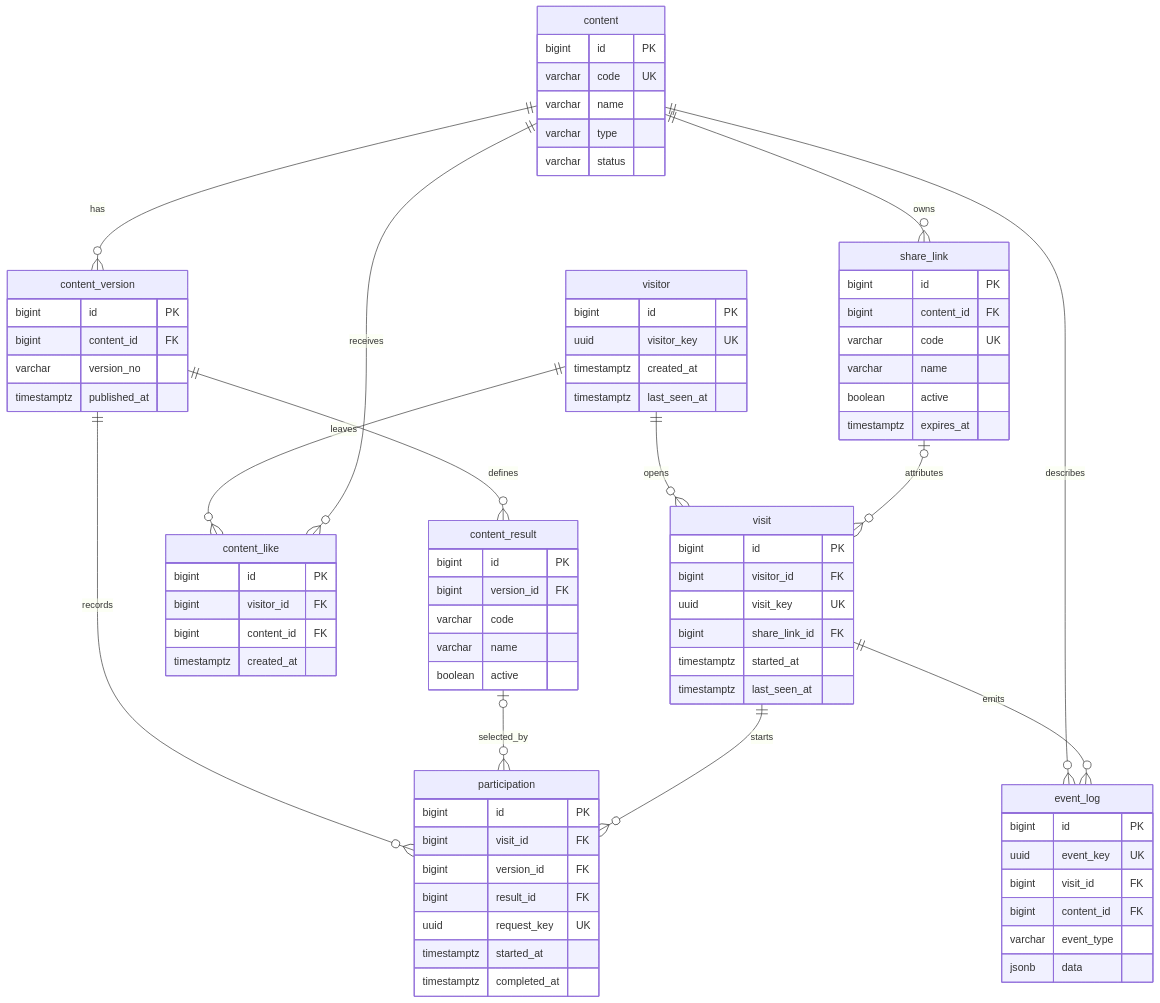
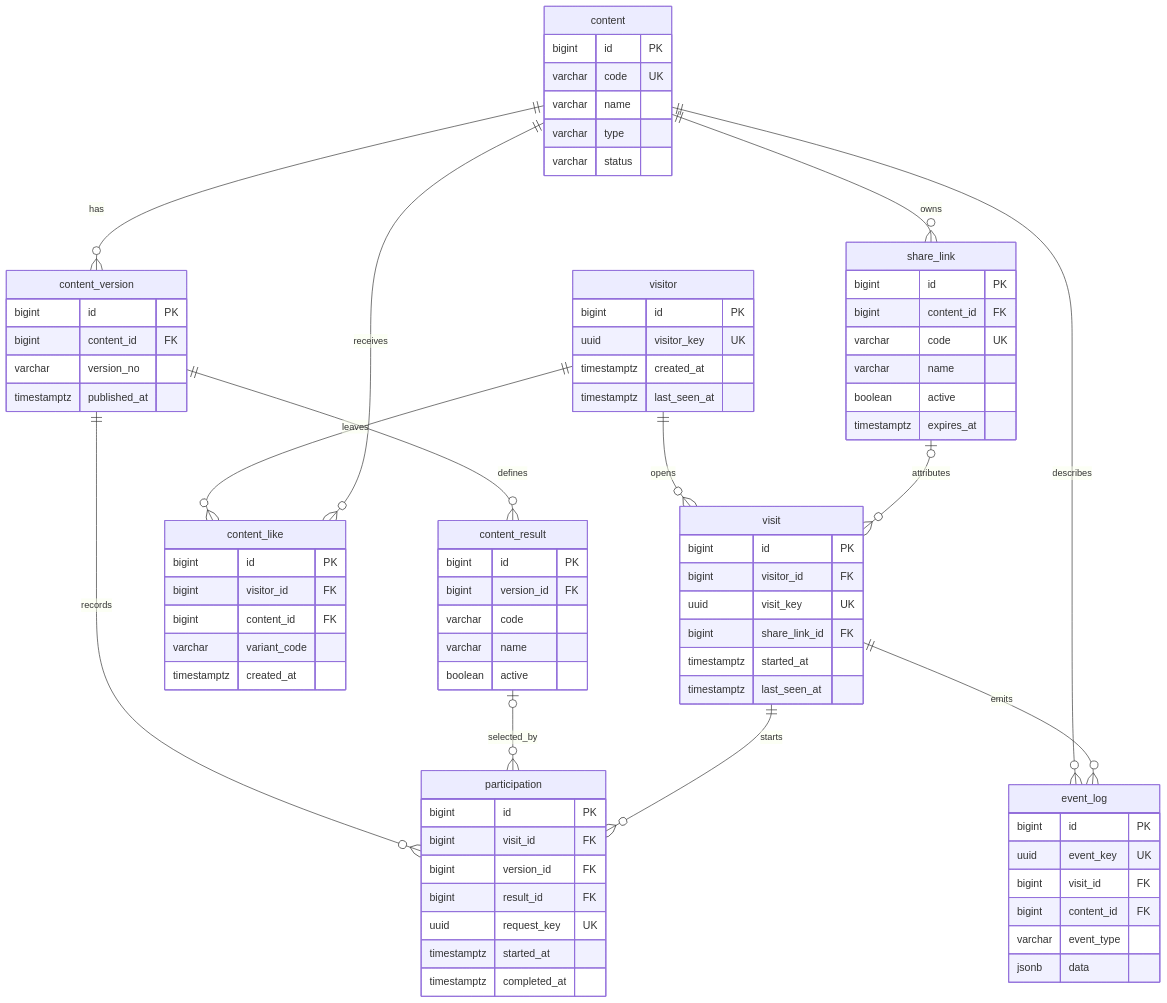
One commit to BeomhyunPark/heart-trace-test changed the diagram in docs/engagement-v0.1.md. Above: the diagram before and after it, drawn with Mermaid. The commit also changed other lines of this file and 31 other files, not shown here.

````diff
--- a/docs/engagement-v0.1.md
+++ b/docs/engagement-v0.1.md
@@ -25,81 +25,82 @@
 ```mermaid
 erDiagram
     visitor ||--o{ visit : opens
     visitor ||--o{ content_like : leaves
     content ||--o{ content_version : has
     content ||--o{ content_like : receives
     content ||--o{ event_log : describes
     content ||--o{ share_link : owns
     content_version ||--o{ content_result : defines
     content_version ||--o{ participation : records
     content_result o|--o{ participation : selected_by
     share_link o|--o{ visit : attributes
     visit ||--o{ participation : starts
     visit ||--o{ event_log : emits
 
     visitor {
         bigint id PK
         uuid visitor_key UK
         timestamptz created_at
         timestamptz last_seen_at
     }
     visit {
         bigint id PK
         bigint visitor_id FK
         uuid visit_key UK
         bigint share_link_id FK
         timestamptz started_at
         timestamptz last_seen_at
     }
     content {
         bigint id PK
         varchar code UK
         varchar name
         varchar type
         varchar status
     }
     content_version {
         bigint id PK
         bigint content_id FK
         varchar version_no
         timestamptz published_at
     }
     content_result {
         bigint id PK
         bigint version_id FK
         varchar code
         varchar name
         boolean active
     }
     participation {
         bigint id PK
         bigint visit_id FK
         bigint version_id FK
         bigint result_id FK
         uuid request_key UK
         timestamptz started_at
         timestamptz completed_at
     }
     content_like {
         bigint id PK
         bigint visitor_id FK
         bigint content_id FK
+        varchar variant_code
         timestamptz created_at
     }
     event_log {
         bigint id PK
         uuid event_key UK
         bigint visit_id FK
         bigint content_id FK
         varchar event_type
         jsonb data
     }
     share_link {
         bigint id PK
         bigint content_id FK
         varchar code UK
         varchar name
         boolean active
         timestamptz expires_at
     }
 ```
````
